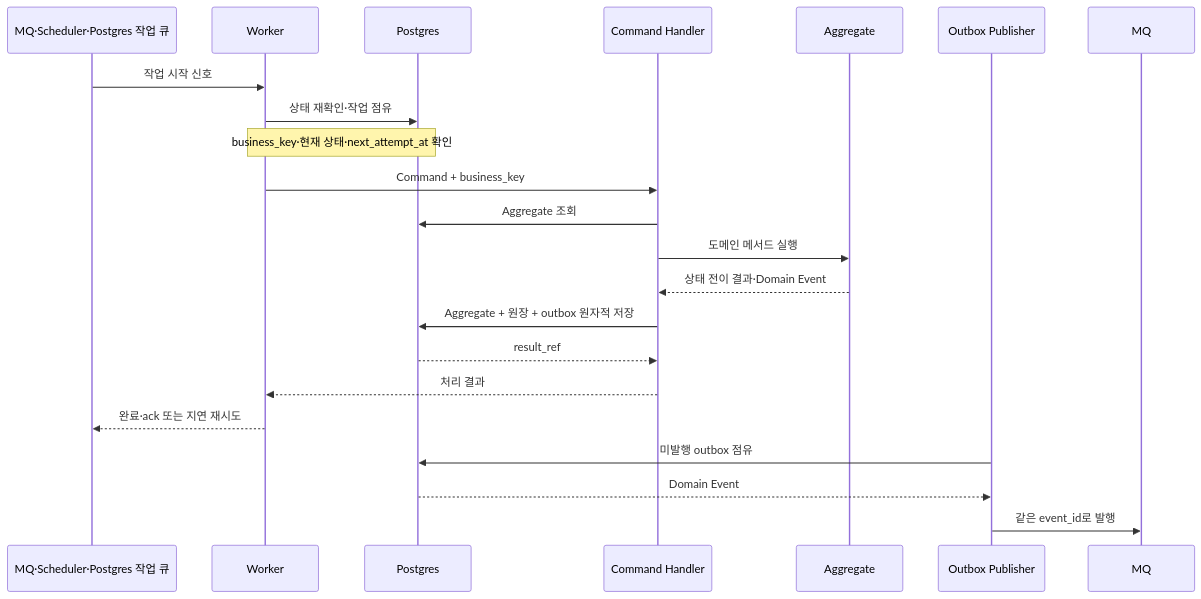
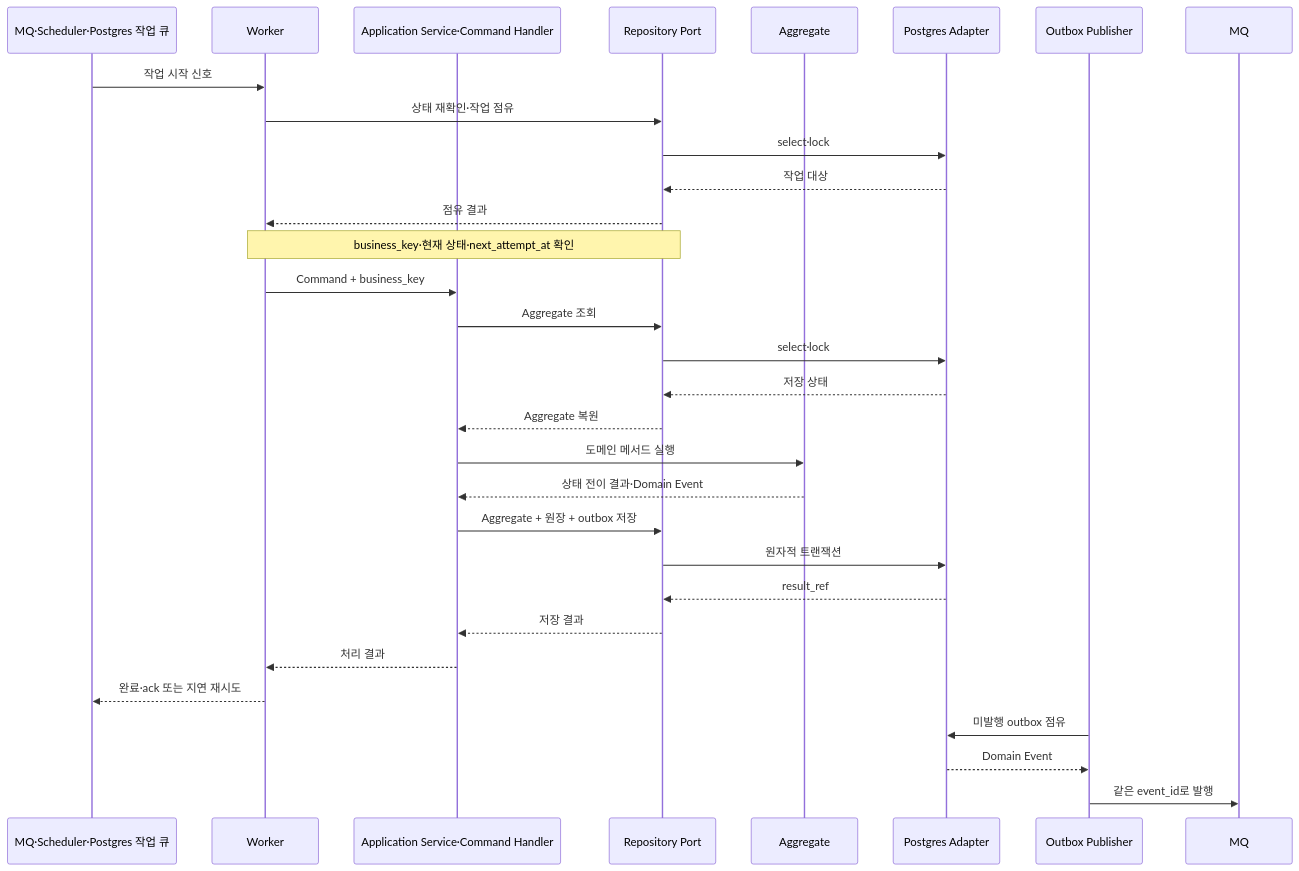
One commit to Medikong/archive changed the second of 2 diagrams in blueprint/50-service-design/A_19_coupon/A_19_30-service/README.md. Above: the diagram before and after it, drawn with Mermaid. The commit also changed other lines of this file and 62 other files, not shown here.

````diff
--- a/blueprint/50-service-design/A_19_coupon/A_19_30-service/README.md
+++ b/blueprint/50-service-design/A_19_coupon/A_19_30-service/README.md
@@ -151,25 +156,34 @@
 ```mermaid
 sequenceDiagram
   participant T as MQ·Scheduler·Postgres 작업 큐
   participant W as Worker
-  participant P as Postgres
-  participant H as Command Handler
+  participant H as Application Service·Command Handler
+  participant R as Repository Port
   participant A as Aggregate
+  participant P as Postgres Adapter
   participant O as Outbox Publisher
   participant M as MQ
 
   T->>W: 작업 시작 신호
-  W->>P: 상태 재확인·작업 점유
-  Note over W,P: business_key·현재 상태·next_attempt_at 확인
+  W->>R: 상태 재확인·작업 점유
+  R->>P: select·lock
+  P-->>R: 작업 대상
+  R-->>W: 점유 결과
+  Note over W,R: business_key·현재 상태·next_attempt_at 확인
   W->>H: Command + business_key
-  H->>P: Aggregate 조회
+  H->>R: Aggregate 조회
+  R->>P: select·lock
+  P-->>R: 저장 상태
+  R-->>H: Aggregate 복원
   H->>A: 도메인 메서드 실행
   A-->>H: 상태 전이 결과·Domain Event
-  H->>P: Aggregate + 원장 + outbox 원자적 저장
-  P-->>H: result_ref
+  H->>R: Aggregate + 원장 + outbox 저장
+  R->>P: 원자적 트랜잭션
+  P-->>R: result_ref
+  R-->>H: 저장 결과
   H-->>W: 처리 결과
   W-->>T: 완료·ack 또는 지연 재시도
   O->>P: 미발행 outbox 점유
   P-->>O: Domain Event
   O->>M: 같은 event_id로 발행
 ```
````
